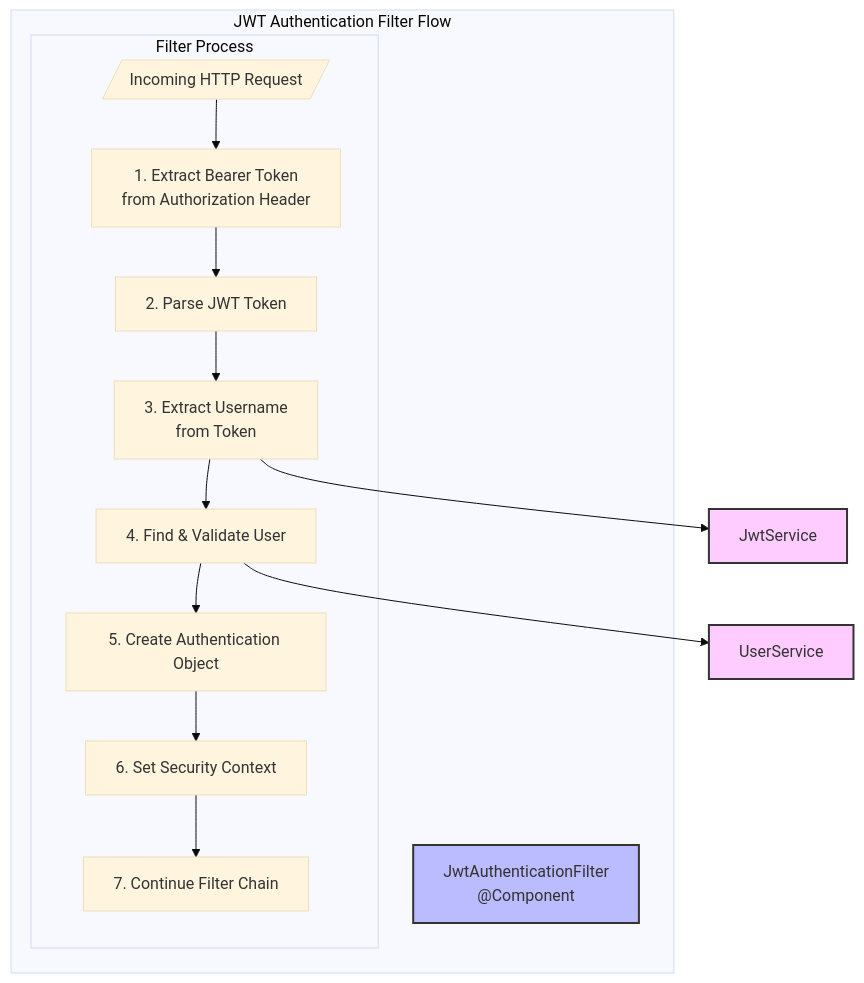
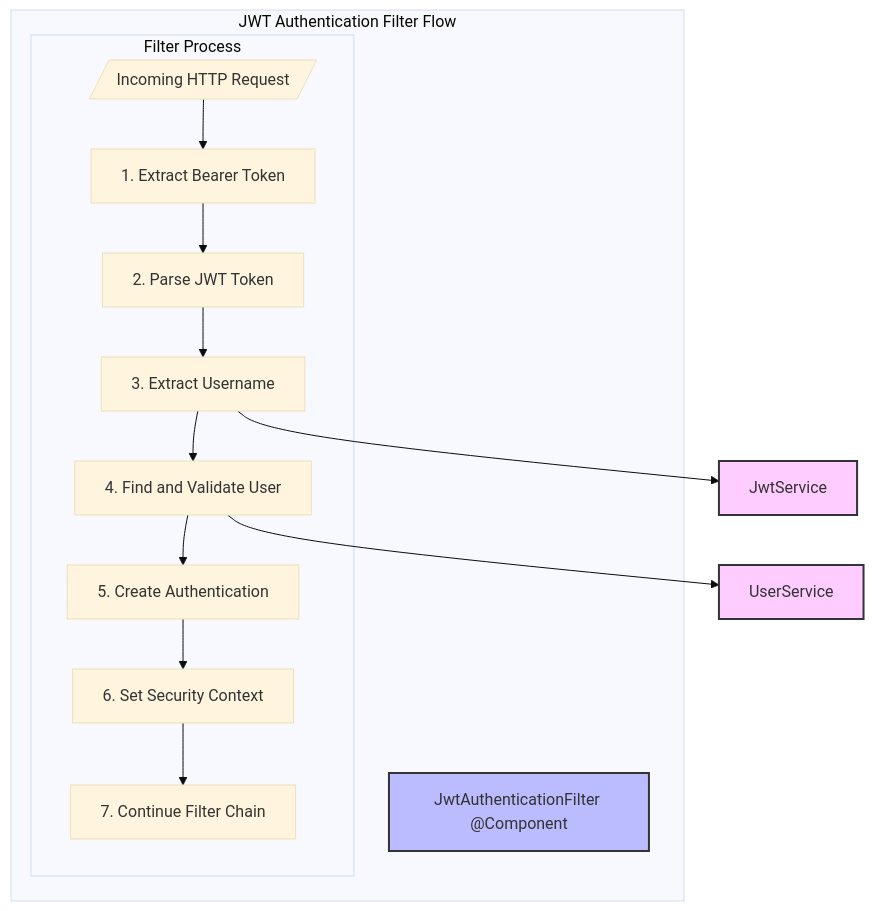
The second of 2 diagrams in README.md (victorfelipealvarezrojas/master-spring-security), drawn with Mermaid (base theme) before and after one commit.

Commit message:
diagrama de componentes

````diff
--- a/README.md
+++ b/README.md
@@ -76,35 +76,35 @@
 ```mermaid
 graph TD
     subgraph "JWT Authentication Filter Flow"
-        JAF2["JwtAuthenticationFilter<br/>@Component"]
+        JAF2["JwtAuthenticationFilter @Component"]
         
         subgraph "Filter Process"
             REQ[/"Incoming HTTP Request"/]
-            HEAD["1. Extract Bearer Token<br/>from Authorization Header"]
+            HEAD["1. Extract Bearer Token"]
             TOKEN["2. Parse JWT Token"]
-            USER["3. Extract Username<br/>from Token"]
-            VALID["4. Find & Validate User"]
-            AUTH2["5. Create Authentication Object"]
+            USER["3. Extract Username"]
+            VALID["4. Find and Validate User"]
+            AUTH2["5. Create Authentication"]
             CTX["6. Set Security Context"]
             NEXT["7. Continue Filter Chain"]
         end
     end
     
     REQ --> HEAD
     HEAD --> TOKEN
     TOKEN --> USER
     USER --> VALID
     VALID --> AUTH2
     AUTH2 --> CTX
     CTX --> NEXT
     
     JS["JwtService"]
     US["UserService"]
     
     USER --> JS
     VALID --> US
 
     style JAF2 fill:#bbf,stroke:#333,stroke-width:2px
     style JS fill:#fcf,stroke:#333,stroke-width:2px
     style US fill:#fcf,stroke:#333,stroke-width:2px
 ```
````
